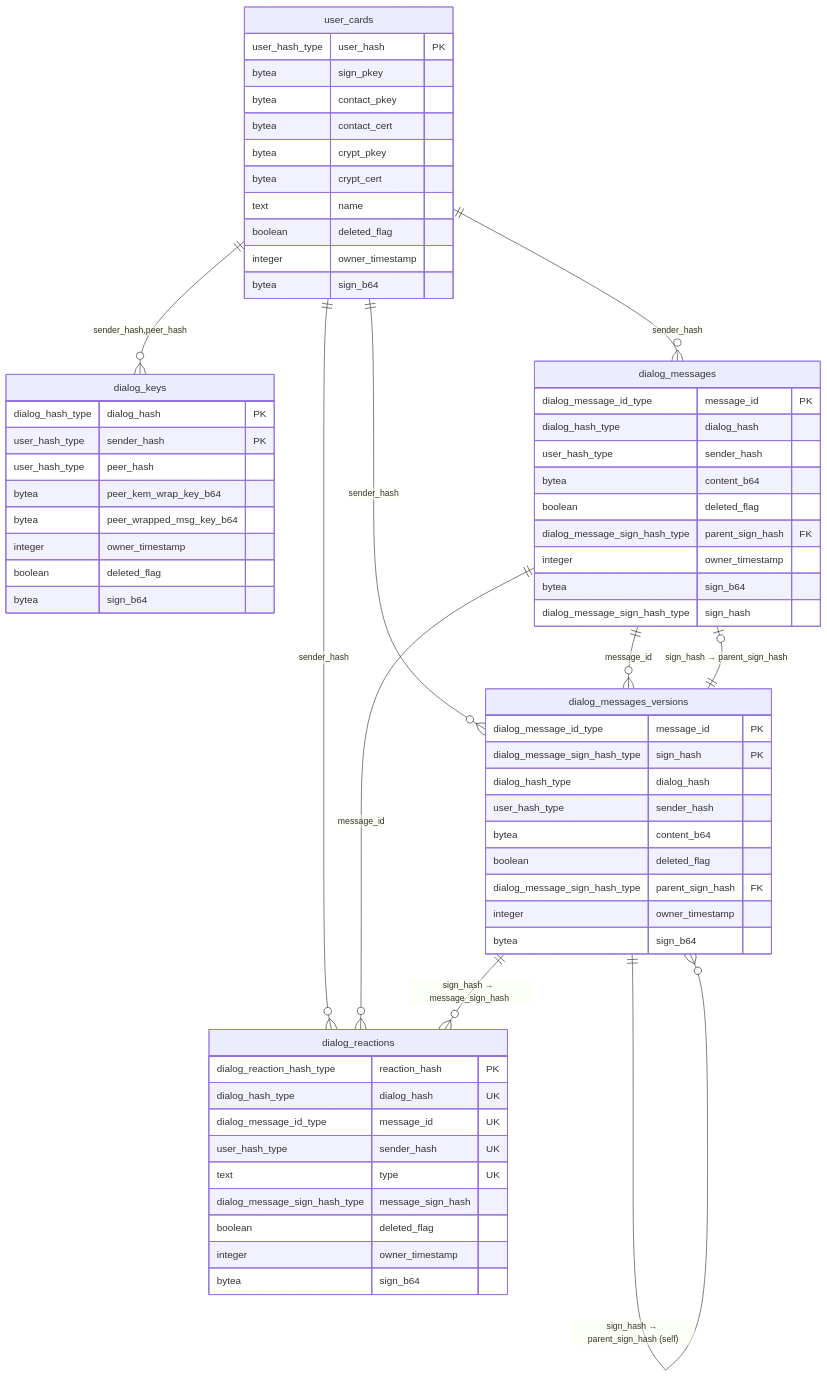
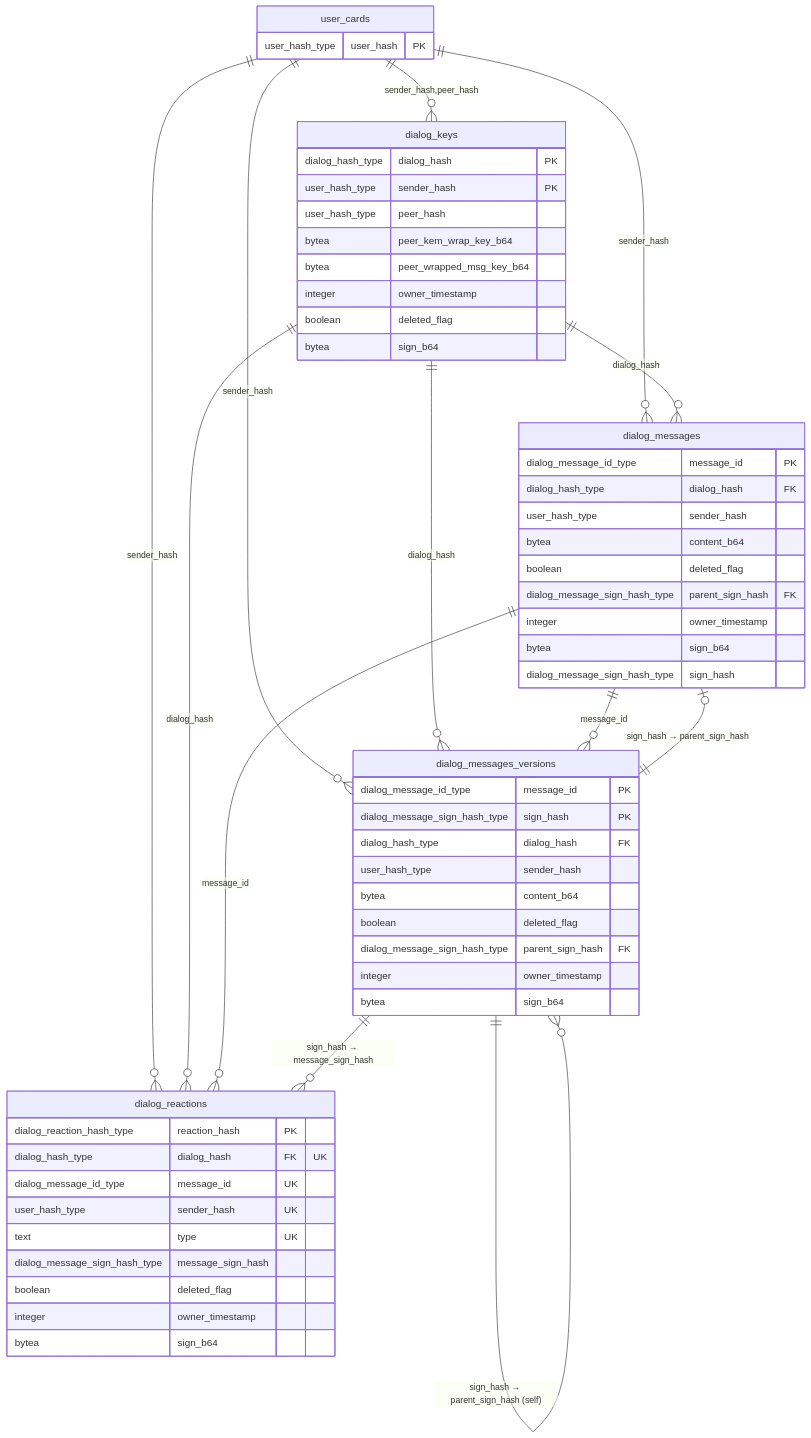
One commit to Buckitup-chat/chat changed the diagram in docs/reqs/pq_dialogs.md. Above: the diagram before and after it, drawn with Mermaid.

Commit message:
pq_dialog: req: base tables + diagram

````diff
--- a/docs/reqs/pq_dialogs.md
+++ b/docs/reqs/pq_dialogs.md
@@ -21,74 +21,69 @@
 ```mermaid
 erDiagram
     user_cards ||--o{ dialog_keys              : "sender_hash,peer_hash"
     user_cards ||--o{ dialog_messages          : "sender_hash"
     user_cards ||--o{ dialog_messages_versions : "sender_hash"
     user_cards ||--o{ dialog_reactions         : "sender_hash"
+
+    dialog_keys ||--o{ dialog_messages          : "dialog_hash"
+    dialog_keys ||--o{ dialog_messages_versions : "dialog_hash"
+    dialog_keys ||--o{ dialog_reactions         : "dialog_hash"
 
     dialog_messages          ||--o{ dialog_messages_versions : "message_id"
     dialog_messages_versions ||--o| dialog_messages          : "sign_hash → parent_sign_hash"
     dialog_messages_versions ||--o{ dialog_messages_versions : "sign_hash → parent_sign_hash (self)"
 
     dialog_messages          ||--o{ dialog_reactions : "message_id"
     dialog_messages_versions ||--o{ dialog_reactions : "sign_hash → message_sign_hash"
 
     user_cards {
         user_hash_type  user_hash        PK
-        bytea           sign_pkey
-        bytea           contact_pkey
-        bytea           contact_cert
-        bytea           crypt_pkey
-        bytea           crypt_cert
-        text            name
-        boolean         deleted_flag
-        integer         owner_timestamp
-        bytea           sign_b64
     }
 
     dialog_keys {
         dialog_hash_type dialog_hash              PK
         user_hash_type   sender_hash              PK
         user_hash_type   peer_hash
         bytea            peer_kem_wrap_key_b64
         bytea            peer_wrapped_msg_key_b64
         integer          owner_timestamp
         boolean          deleted_flag
         bytea            sign_b64
     }
 
     dialog_messages {
         dialog_message_id_type        message_id        PK
-        dialog_hash_type              dialog_hash
+        dialog_hash_type              dialog_hash       FK
         user_hash_type                sender_hash
         bytea                         content_b64
         boolean                       deleted_flag
         dialog_message_sign_hash_type parent_sign_hash  FK
         integer                       owner_timestamp
         bytea                         sign_b64
         dialog_message_sign_hash_type sign_hash
     }
 
     dialog_messages_versions {
         dialog_message_id_type        message_id        PK
         dialog_message_sign_hash_type sign_hash         PK
-        dialog_hash_type              dialog_hash
+        dialog_hash_type              dialog_hash       FK
         user_hash_type                sender_hash
         bytea                         content_b64
         boolean                       deleted_flag
         dialog_message_sign_hash_type parent_sign_hash  FK
         integer                       owner_timestamp
         bytea                         sign_b64
     }
 
     dialog_reactions {
         dialog_reaction_hash_type     reaction_hash      PK
-        dialog_hash_type              dialog_hash        UK
+        dialog_hash_type              dialog_hash        FK "UK"
         dialog_message_id_type        message_id         UK
         user_hash_type                sender_hash        UK
         text                          type               UK
         dialog_message_sign_hash_type message_sign_hash
         boolean                       deleted_flag
         integer                       owner_timestamp
         bytea                         sign_b64
     }
 ```
````
